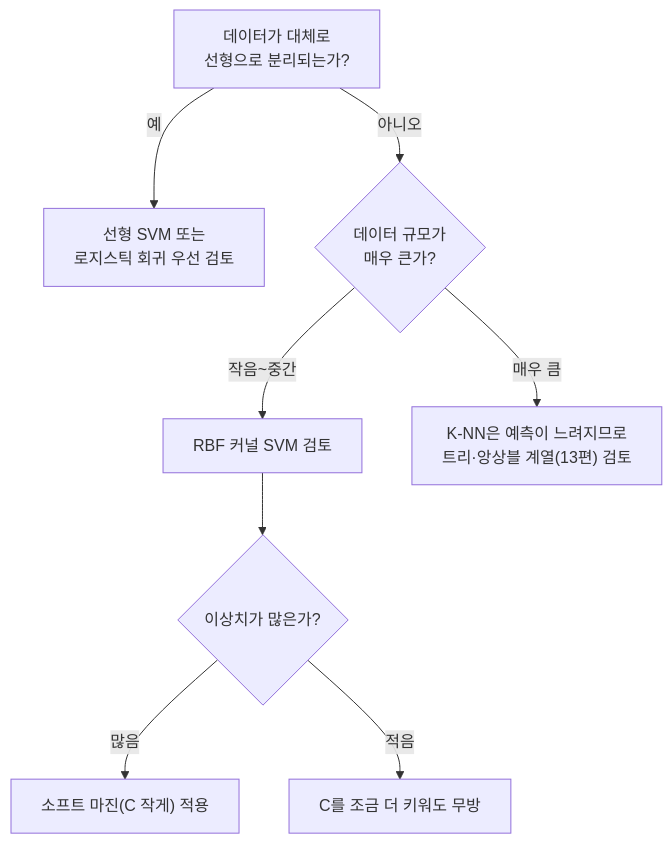
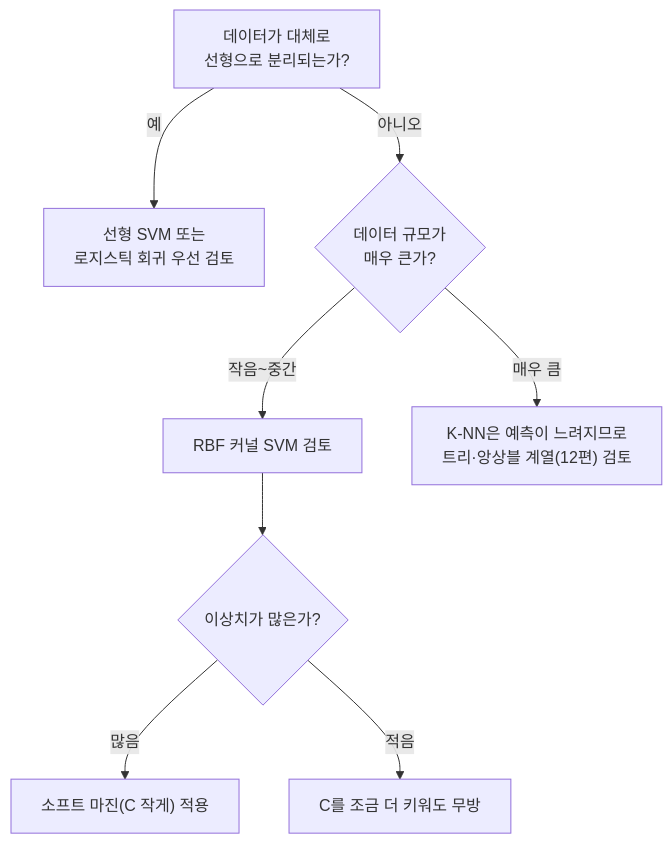
One commit to zenoK80/zeno-ai-docs changed the diagram in content/독학사/2단계/머신러닝/11_knn-and-svm.mdx. Above: the diagram before and after it, drawn with Mermaid. The commit also changed other lines of this file and 1368 other files, not shown here.

````diff
--- a/content/독학사/2단계/머신러닝/11_knn-and-svm.mdx
+++ b/content/독학사/2단계/머신러닝/11_knn-and-svm.mdx
@@ -196,10 +184,10 @@
 ```mermaid
 graph TD
   A["데이터가 대체로<br/>선형으로 분리되는가?"] -->|예| B["선형 SVM 또는<br/>로지스틱 회귀 우선 검토"]
   A -->|아니오| C{"데이터 규모가<br/>매우 큰가?"}
   C -->|작음~중간| D["RBF 커널 SVM 검토"]
-  C -->|매우 큼| E["K-NN은 예측이 느려지므로<br/>트리·앙상블 계열(13편) 검토"]
+  C -->|매우 큼| E["K-NN은 예측이 느려지므로<br/>트리·앙상블 계열(12편) 검토"]
   D --> F{"이상치가 많은가?"}
   F -->|많음| G["소프트 마진(C 작게) 적용"]
   F -->|적음| H["C를 조금 더 키워도 무방"]
 ```
````
